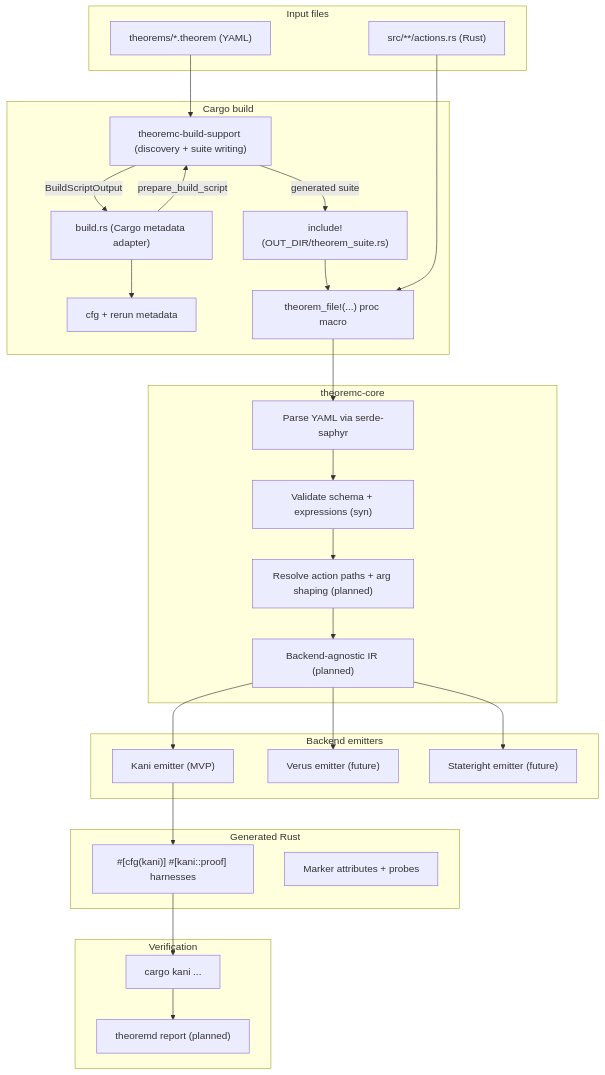
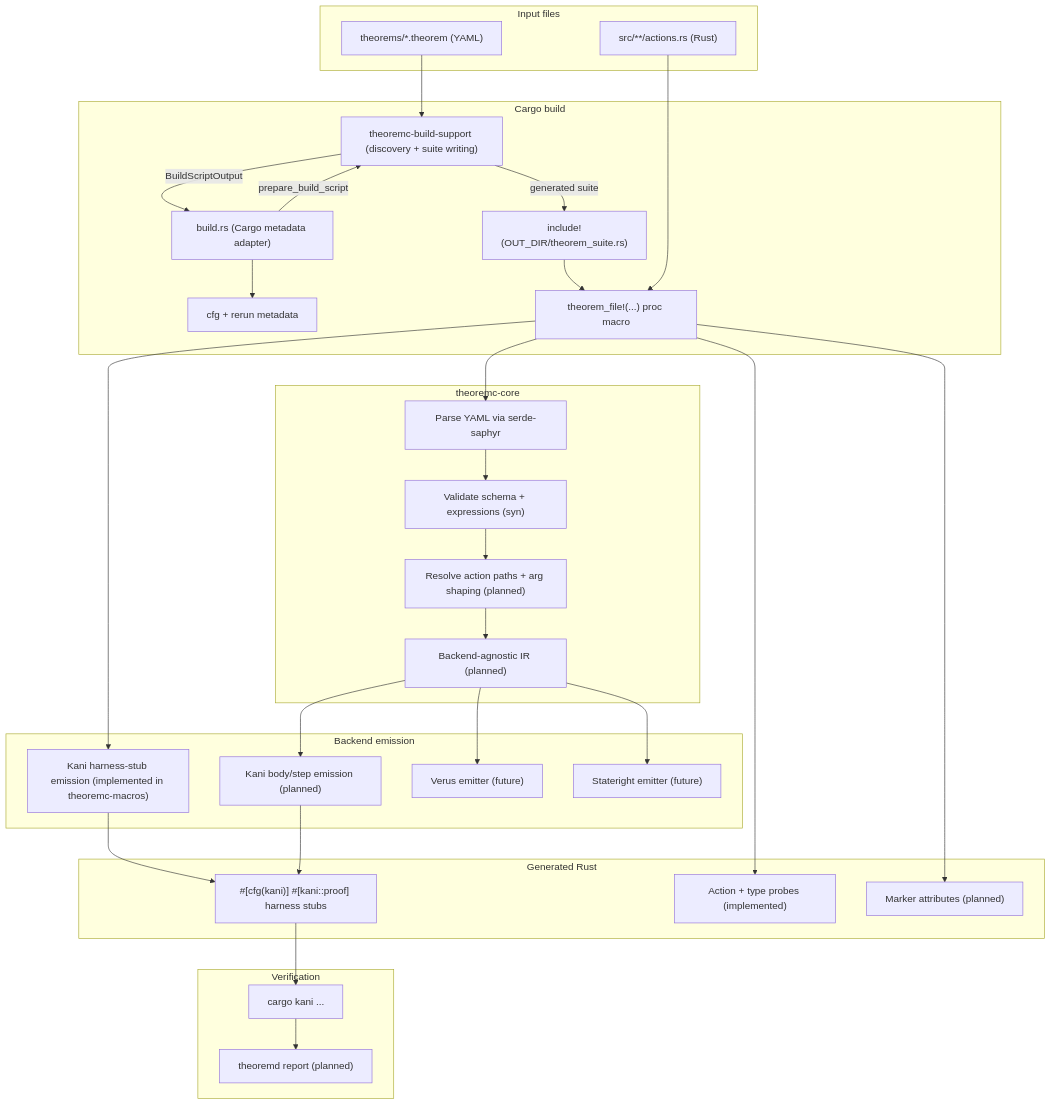
Before and after one commit to leynos/theoremc: the first of 6 diagrams in docs/theoremc-design.md, drawn with Mermaid. The commit also changed other lines of this file, not shown here.

````diff
--- a/docs/theoremc-design.md
+++ b/docs/theoremc-design.md
@@ -115,49 +123,57 @@
 ```mermaid
 flowchart TD
   subgraph Files["Input files"]
     T["theorems/*.theorem (YAML)"]
     A["src/**/actions.rs (Rust)"]
   end
 
   subgraph Cargo["Cargo build"]
     BS["build.rs (Cargo metadata adapter)"]
     SUP["theoremc-build-support (discovery + suite writing)"]
     META["cfg + rerun metadata"]
     INC["include!(OUT_DIR/theorem_suite.rs)"]
     PM["theorem_file!(...) proc macro"]
   end
 
   subgraph Core["theoremc-core"]
     P["Parse YAML via serde-saphyr"]
     V["Validate schema + expressions (syn)"]
     R["Resolve action paths + arg shaping (planned)"]
     IR["Backend-agnostic IR (planned)"]
   end
 
-  subgraph Emit["Backend emitters"]
-    K["Kani emitter (MVP)"]
+  subgraph Emit["Backend emission"]
+    KS["Kani harness-stub emission (implemented in theoremc-macros)"]
+    KB["Kani body/step emission (planned)"]
     V2["Verus emitter (future)"]
     S["Stateright emitter (future)"]
   end
 
   subgraph Gen["Generated Rust"]
-    H["#[cfg(kani)] #[kani::proof] harnesses"]
-    M["Marker attributes + probes"]
+    H["#[cfg(kani)] #[kani::proof] harness stubs"]
+    P2["Action + type probes (implemented)"]
+    MA["Marker attributes (planned)"]
   end
 
   subgraph Run["Verification"]
     CK["cargo kani ..."]
     REP["theoremd report (planned)"]
   end
 
   T --> SUP
   BS -->|prepare_build_script| SUP
   SUP -->|BuildScriptOutput| BS
   SUP -->|generated suite| INC --> PM
   BS --> META
   A --> PM
-  PM --> P --> V --> R --> IR
-  IR --> K --> H --> CK --> REP
+  PM --> P --> V
+  PM --> KS
+  PM --> P2
+  PM --> MA
+  V --> R --> IR
+  KS --> H
+  IR --> KB --> H
   IR --> V2
   IR --> S
+  H --> CK --> REP
 ```
````
